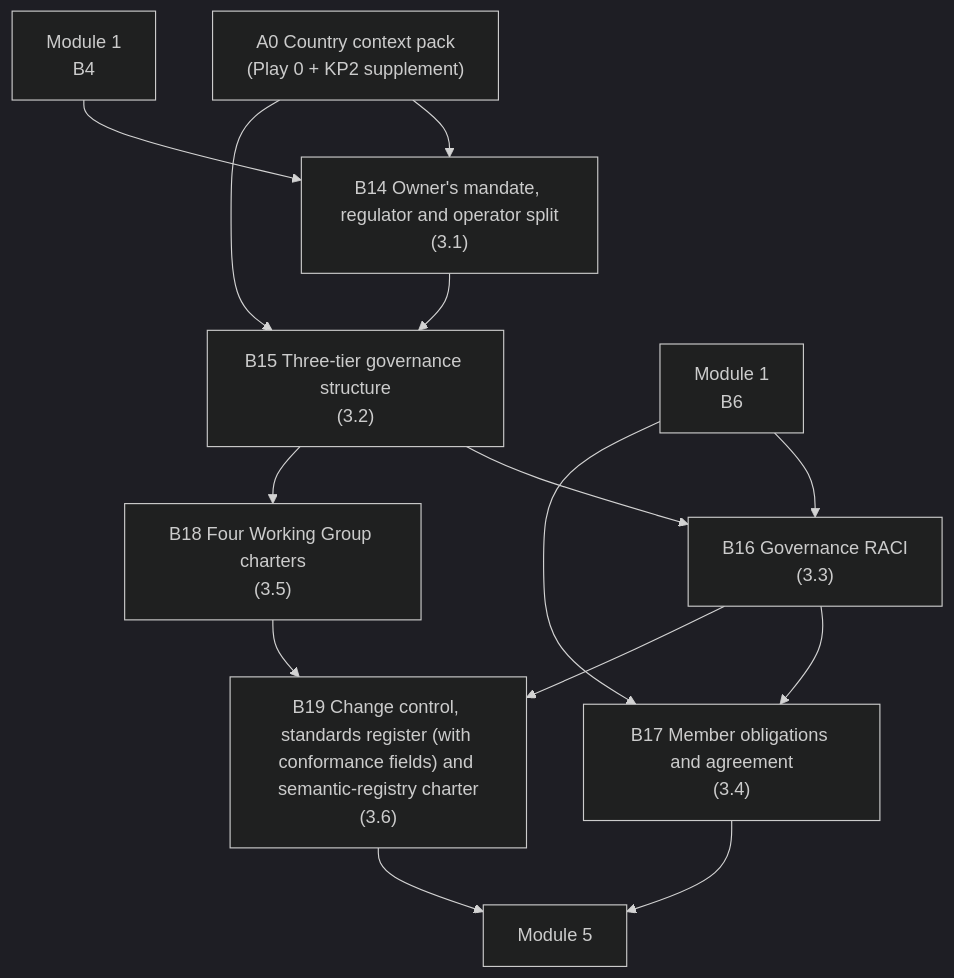
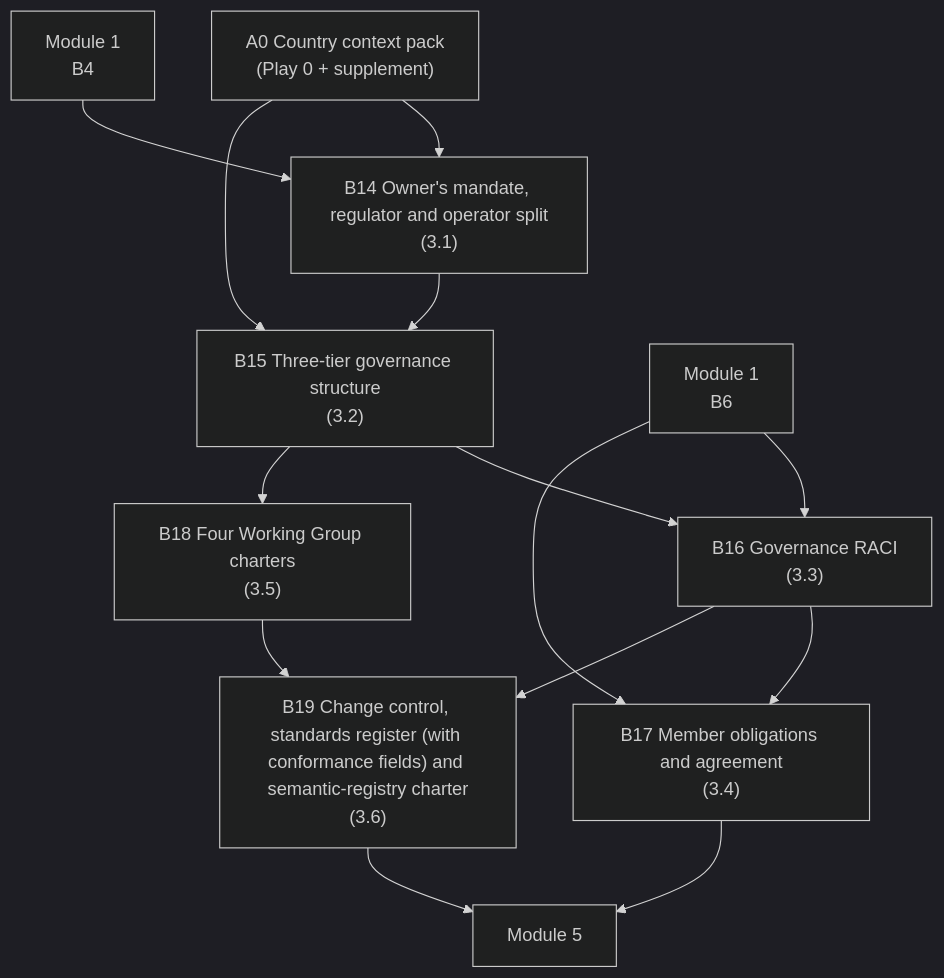
One commit to aarelaponin/geatdm-framework changed the diagram in 10-Knowledge-Products/gitbook/kp2/module-3/README.md. Above: the diagram before and after it, drawn with Mermaid (dark theme). The commit also changed other lines of this file and 67 other files, not shown here.

````diff
--- a/10-Knowledge-Products/gitbook/kp2/module-3/README.md
+++ b/10-Knowledge-Products/gitbook/kp2/module-3/README.md
@@ -36,26 +36,26 @@
 ```mermaid
 flowchart TD
-    A0["A0 Country context pack\n(Play 0 + KP2 supplement)"]
+    A0["A0 Country context pack\n(Play 0 + supplement)"]
     B14["B14 Owner's mandate, regulator and operator split\n(3.1)"]
     B15["B15 Three-tier governance structure\n(3.2)"]
     B16["B16 Governance RACI\n(3.3)"]
     B17["B17 Member obligations and agreement\n(3.4)"]
     B18["B18 Four Working Group charters\n(3.5)"]
     B19["B19 Change control, standards register (with conformance fields) and semantic-registry charter\n(3.6)"]
     M1_B4["Module 1\nB4"]
     M1_B6["Module 1\nB6"]
     M5out["Module 5"]
     A0 --> B14
     M1_B4 --> B14
     B14 --> B15
     A0 --> B15
     B15 --> B16
     B15 --> B18
     M1_B6 --> B16
     B16 --> B17
     B16 --> B19
     M1_B6 --> B17
     B17 --> M5out
     B18 --> B19
     B19 --> M5out
 ```
````
